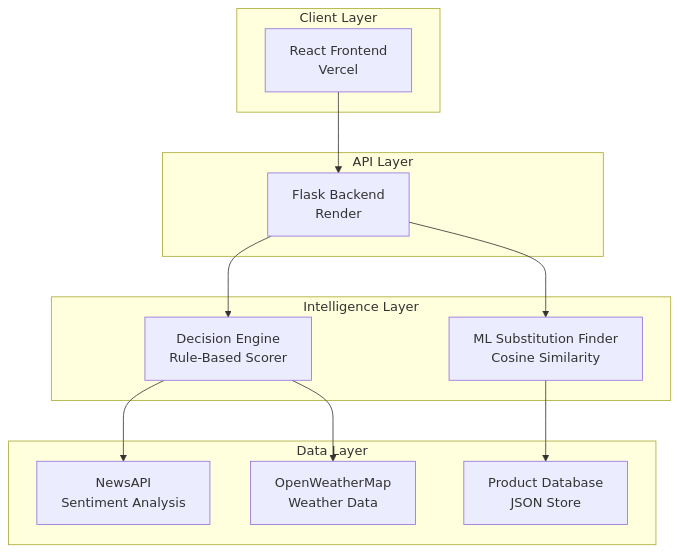
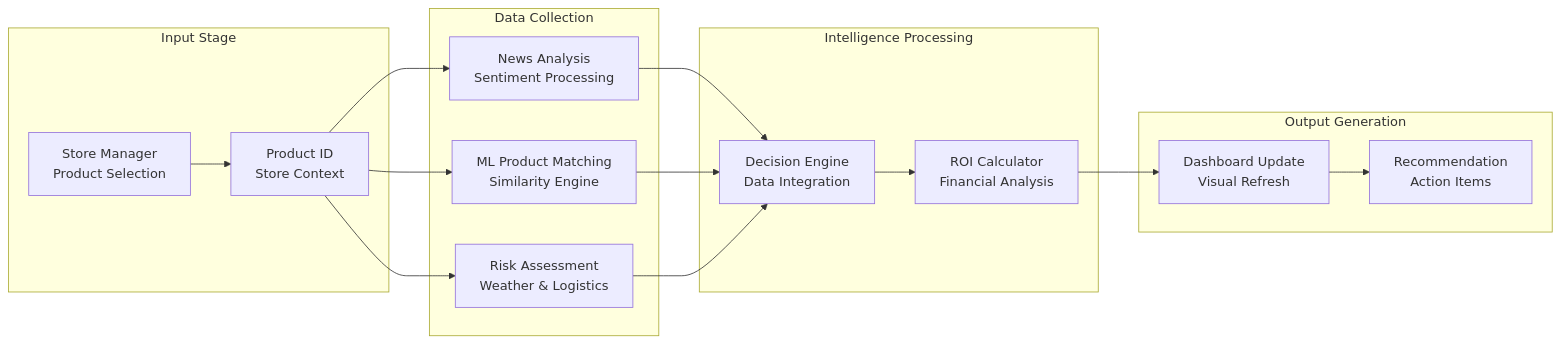
The second of 4 diagrams in README.md (rohithpranav45/BuyWise-AI), drawn with Mermaid before and after one commit. The commit also changed other lines of this file, not shown here.

````diff
--- a/README.md
+++ b/README.md
@@ -42,28 +171,34 @@
 ```mermaid
-graph TD
-    subgraph "Client Layer"
-        A[React Frontend<br/>Vercel]
+graph LR
+    subgraph "Input Stage"
+        A[Store Manager<br/>Product Selection] --> B[Product ID<br/>Store Context]
     end
-
-    subgraph "API Layer"
-        B[Flask Backend<br/>Render]
+    
+    subgraph "Data Collection"
+        C[News Analysis<br/>Sentiment Processing] 
+        D[ML Product Matching<br/>Similarity Engine]
+        E[Risk Assessment<br/>Weather & Logistics]
     end
-
-    subgraph "Intelligence Layer"
-        C[Decision Engine<br/>Rule-Based Scorer]
-        D[ML Substitution Finder<br/>Cosine Similarity]
+    
+    subgraph "Intelligence Processing"
+        F[Decision Engine<br/>Data Integration]
+        G[ROI Calculator<br/>Financial Analysis]
     end
-
-    subgraph "Data Layer"
-        E[NewsAPI<br/>Sentiment Analysis]
-        F[OpenWeatherMap<br/>Weather Data]
-        G[Product Database<br/>JSON Store]
+    
+    subgraph "Output Generation"
+        H[Dashboard Update<br/>Visual Refresh]
+        I[Recommendation<br/>Action Items]
     end
-
-    A --> B
+    
     B --> C
     B --> D
-    C --> E
+    B --> E
+    
     C --> F
-    D --> G
+    D --> F
+    E --> F
+    
+    F --> G
+    G --> H
+    H --> I
 ```
````
